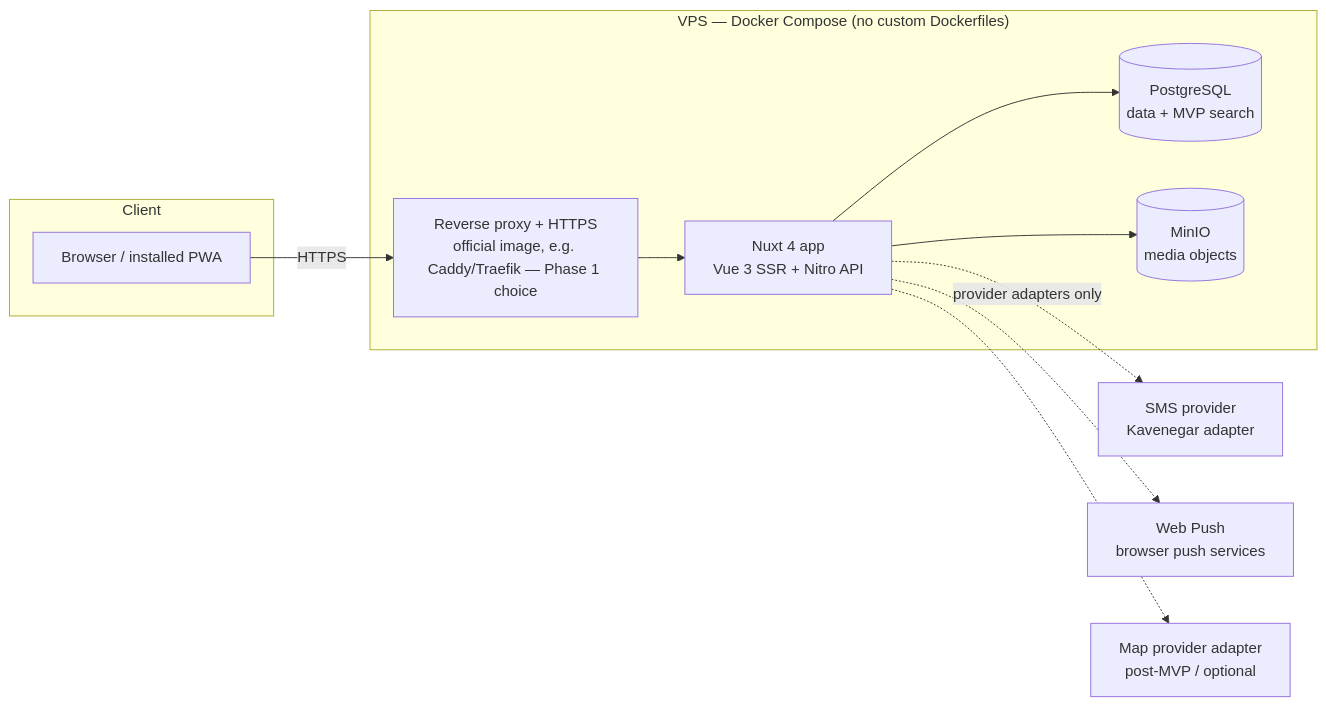
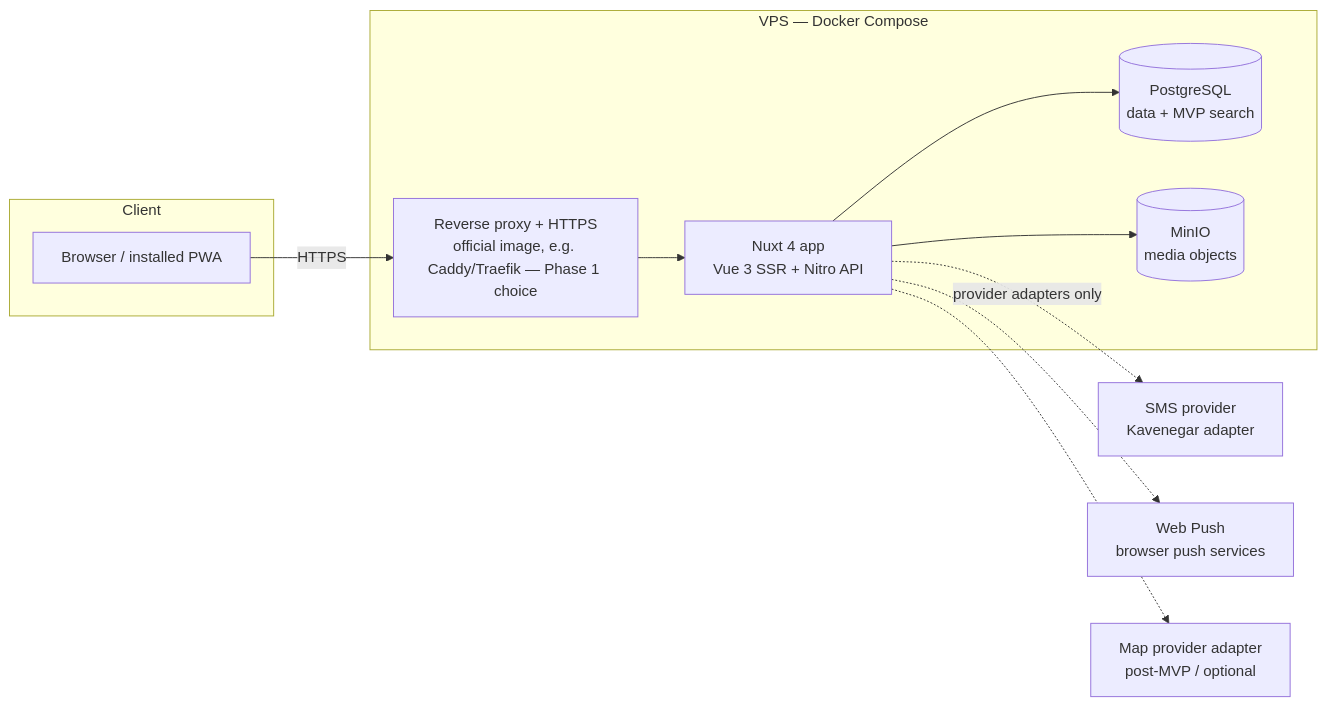
One commit to sajadzshoki/Dorehami changed the diagram in docs/architecture/ARCHITECTURE.md. Above: the diagram before and after it, drawn with Mermaid. The commit also changed other lines of this file and 8 other files, not shown here.

````diff
--- a/docs/architecture/ARCHITECTURE.md
+++ b/docs/architecture/ARCHITECTURE.md
@@ -9,21 +9,21 @@
 ```mermaid
 flowchart LR
   subgraph Client
     B[Browser / installed PWA]
   end
-  subgraph VPS["VPS — Docker Compose (no custom Dockerfiles)"]
+  subgraph VPS["VPS — Docker Compose"]
     RP[Reverse proxy + HTTPS<br/>official image, e.g. Caddy/Traefik — Phase 1 choice]
     APP[Nuxt 4 app<br/>Vue 3 SSR + Nitro API]
     PG[(PostgreSQL<br/>data + MVP search)]
     MINIO[(MinIO<br/>media objects)]
   end
   SMS[SMS provider<br/>Kavenegar adapter]
   PUSH[Web Push<br/>browser push services]
   MAP[Map provider adapter<br/>post-MVP / optional]
   B -->|HTTPS| RP --> APP
   APP --> PG
   APP --> MINIO
   APP -.->|provider adapters only| SMS
   APP -.-> PUSH
   APP -.-> MAP
 ```
````
